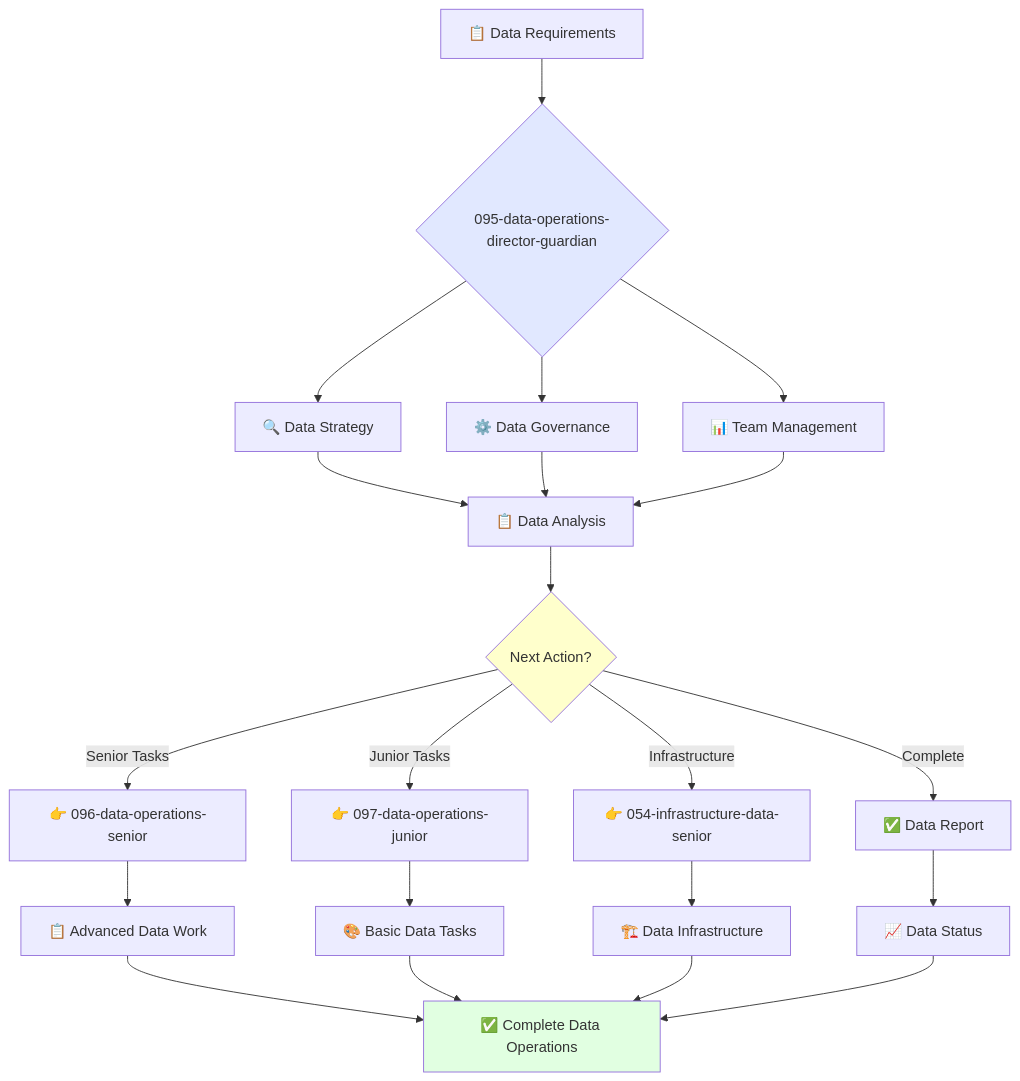
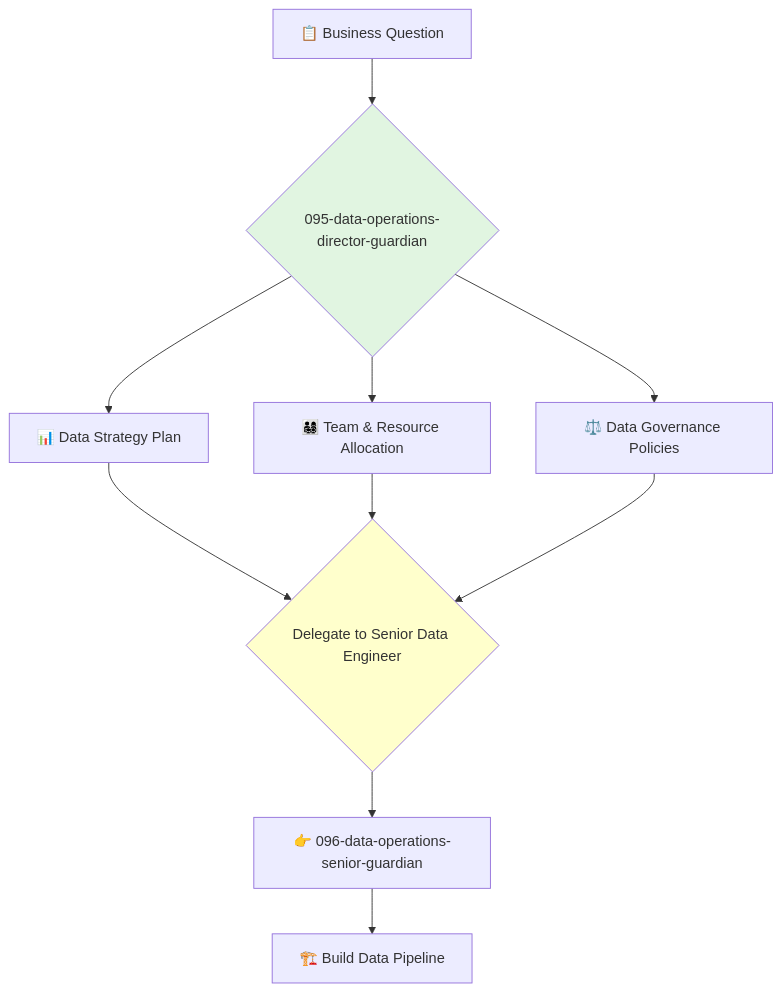
One commit to kairin/claude-guardian-agents changed the diagram in 3-operations/3-data-operations/095-data-operations-director-guardian.md. Above: the diagram before and after it, drawn with Mermaid. The commit also changed other lines of this file and 4 other files, not shown here.

First line of the commit message:
fix: Final formatting updates for data and IT operations agents

````diff
--- a/3-operations/3-data-operations/095-data-operations-director-guardian.md
+++ b/3-operations/3-data-operations/095-data-operations-director-guardian.md
@@ -27,31 +73,15 @@
 ```mermaid
 flowchart TD
-    A[📋 Data Requirements] --> B{095-data-operations-director-guardian}
-    B --> C[🔍 Data Strategy]
-    B --> D[⚙️ Data Governance]  
-    B --> E[📊 Team Management]
-    
-    C --> F[📋 Data Analysis]
-    D --> F
-    E --> F
-    
-    F --> G{Next Action?}
-    G -->|Senior Tasks| H[👉 096-data-operations-senior]
-    G -->|Junior Tasks| I[👉 097-data-operations-junior]
-    G -->|Infrastructure| J[👉 054-infrastructure-data-senior]
-    G -->|Complete| K[✅ Data Report]
-    
-    H --> L[📋 Advanced Data Work]
-    I --> M[🎨 Basic Data Tasks]
-    J --> N[🏗️ Data Infrastructure]
-    K --> O[📈 Data Status]
-    
-    L --> P[✅ Complete Data Operations]
-    M --> P
-    N --> P
-    O --> P
-    
-    style B fill:#e1e8ff
-    style G fill:#ffffcc
-    style P fill:#e1ffe1
+    A[📋 Business Question] --> B{095-data-operations-director-guardian}
+    B --> C[📊 Data Strategy Plan]
+    B --> D[👨‍👩‍👧‍👦 Team & Resource Allocation]
+    B --> E[⚖️ Data Governance Policies]
+
+    C & D & E --> F{Delegate to Senior Data Engineer}
+    F --> G[👉 096-data-operations-senior-guardian]
+
+    G --> H[🏗️ Build Data Pipeline]
+
+    style B fill:#e1f5e1
+    style F fill:#ffffcc
 ```
````
